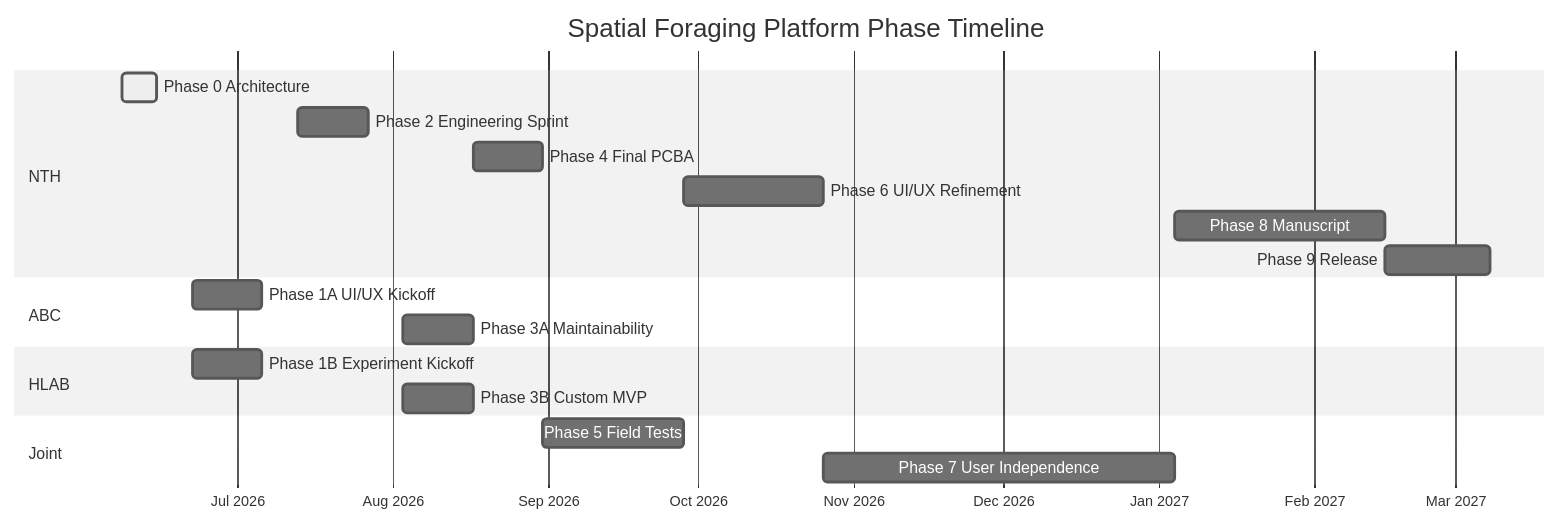
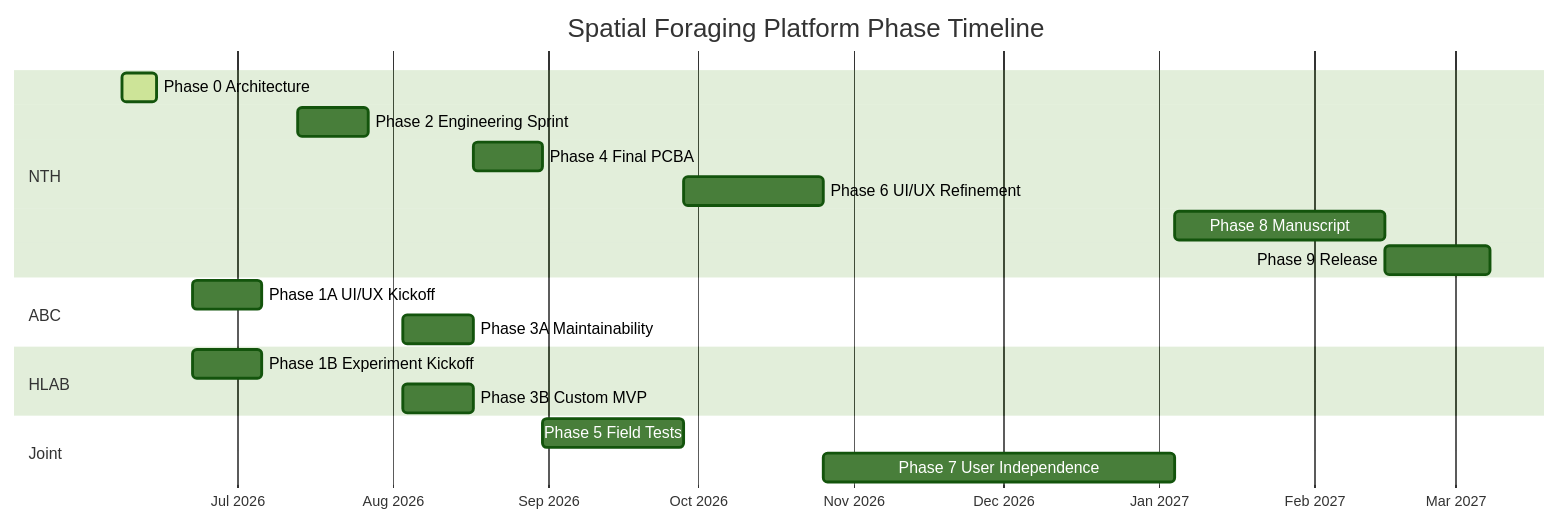
Before and after one commit to Neurotech-Hub/SpatialForagingPlatform-ProjectManager: the diagram in PROJECT.md, drawn with Mermaid.

````diff
--- a/PROJECT.md
+++ b/PROJECT.md
@@ -41,27 +41,27 @@
 ```mermaid
-%%{init: {'theme': 'neutral'} }%%
+%%{init: {'theme': 'forest'} }%%
 gantt
   title Spatial Foraging Platform Phase Timeline
   dateFormat YYYY-MM-DD
   axisFormat %b %Y
 
   section NTH
   Phase 0 Architecture        :active, p0, 2026-06-08, 7d
   Phase 2 Engineering Sprint  :p2, 2026-07-13, 14d
   Phase 4 Final PCBA          :p4, 2026-08-17, 14d
   Phase 6 UI/UX Refinement    :p6, 2026-09-28, 28d
   Phase 8 Manuscript          :p8, 2027-01-04, 42d
   Phase 9 Release             :p9, 2027-02-15, 21d
 
   section ABC
   Phase 1A UI/UX Kickoff      :p1a, 2026-06-22, 14d
   Phase 3A Maintainability    :p3a, 2026-08-03, 14d
 
   section HLAB
   Phase 1B Experiment Kickoff :p1b, 2026-06-22, 14d
   Phase 3B Custom MVP         :p3b, 2026-08-03, 14d
 
   section Joint
   Phase 5 Field Tests         :p5, 2026-08-31, 28d
   Phase 7 User Independence   :p7, 2026-10-26, 70d
 ```
````
